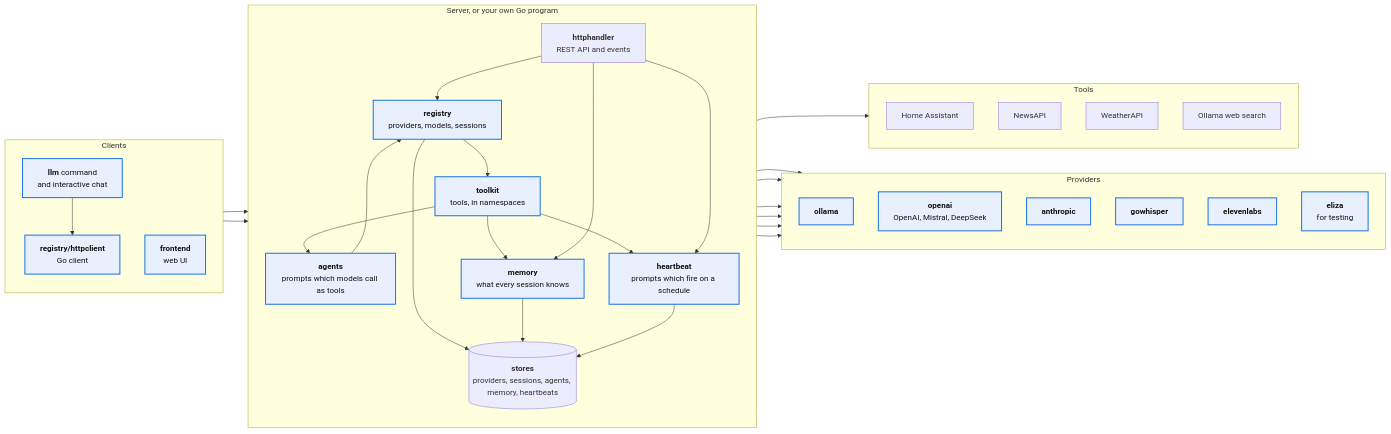
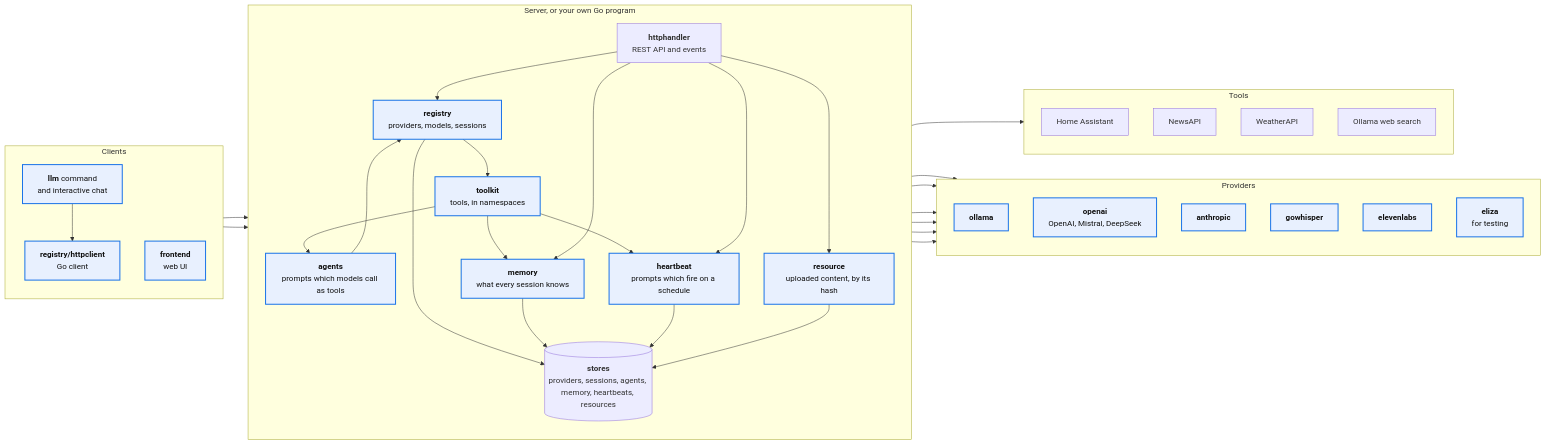
One commit to mutablelogic/go-llm changed the diagram in README.md. Above: the diagram before and after it, drawn with Mermaid. The commit also changed other lines of this file and 17 other files, not shown here.

Commit message:
Add resources: uploaded content, kept once by its hash, in a session or on its own (#156)

````diff
--- a/README.md
+++ b/README.md
@@ -123,71 +123,75 @@
 ```mermaid
 flowchart LR
     subgraph Clients
         direction TB
         CLI["`**llm** command
         and interactive chat`"]
         Client["`**registry/httpclient**
         Go client`"]
         UI["`**frontend**
         web UI`"]
     end
 
     subgraph Server["Server, or your own Go program"]
         direction TB
         API["`**httphandler**
         REST API and events`"]
         Registry["`**registry**
         providers, models, sessions`"]
         Toolkit["`**toolkit**
         tools, in namespaces`"]
         Agents["`**agents**
         prompts which models call as tools`"]
         Memory["`**memory**
         what every session knows`"]
         Heartbeat["`**heartbeat**
         prompts which fire on a schedule`"]
+        Resource["`**resource**
+        uploaded content, by its hash`"]
         Stores[("`**stores**
-        providers, sessions, agents, memory, heartbeats`")]
+        providers, sessions, agents, memory, heartbeats, resources`")]
     end
 
     subgraph Providers
         direction TB
         Ollama["`**ollama**`"]
         OpenAI["`**openai**
         OpenAI, Mistral, DeepSeek`"]
         Anthropic["`**anthropic**`"]
         Whisper["`**gowhisper**`"]
         ElevenLabs["`**elevenlabs**`"]
         Eliza["`**eliza**
         for testing`"]
     end
 
     subgraph Tools
         direction TB
         HA["Home Assistant"]
         News["NewsAPI"]
         Weather["WeatherAPI"]
         Search["Ollama web search"]
     end
 
     CLI --> Client
     Client --> API
     UI --> API
     API --> Registry
     Registry --> Stores
     Registry --> Toolkit
     Toolkit --> Agents
     Toolkit --> Memory
     Agents --> Registry
     API --> Memory
     Memory --> Stores
     Toolkit --> Heartbeat
     API --> Heartbeat
     Heartbeat --> Stores
+    API --> Resource
+    Resource --> Stores
     Toolkit --> Tools
     Registry --> Ollama & OpenAI & Anthropic & Whisper & ElevenLabs & Eliza
 
     classDef highlight fill:#e8f0fe,stroke:#1a73e8,stroke-width:2px,color:#111
-    class CLI,Client,UI,Registry,Toolkit,Agents,Memory,Heartbeat highlight
+    class CLI,Client,UI,Registry,Toolkit,Agents,Memory,Heartbeat,Resource highlight
     class Ollama,OpenAI,Anthropic,Whisper,ElevenLabs,Eliza highlight
 ```
````
